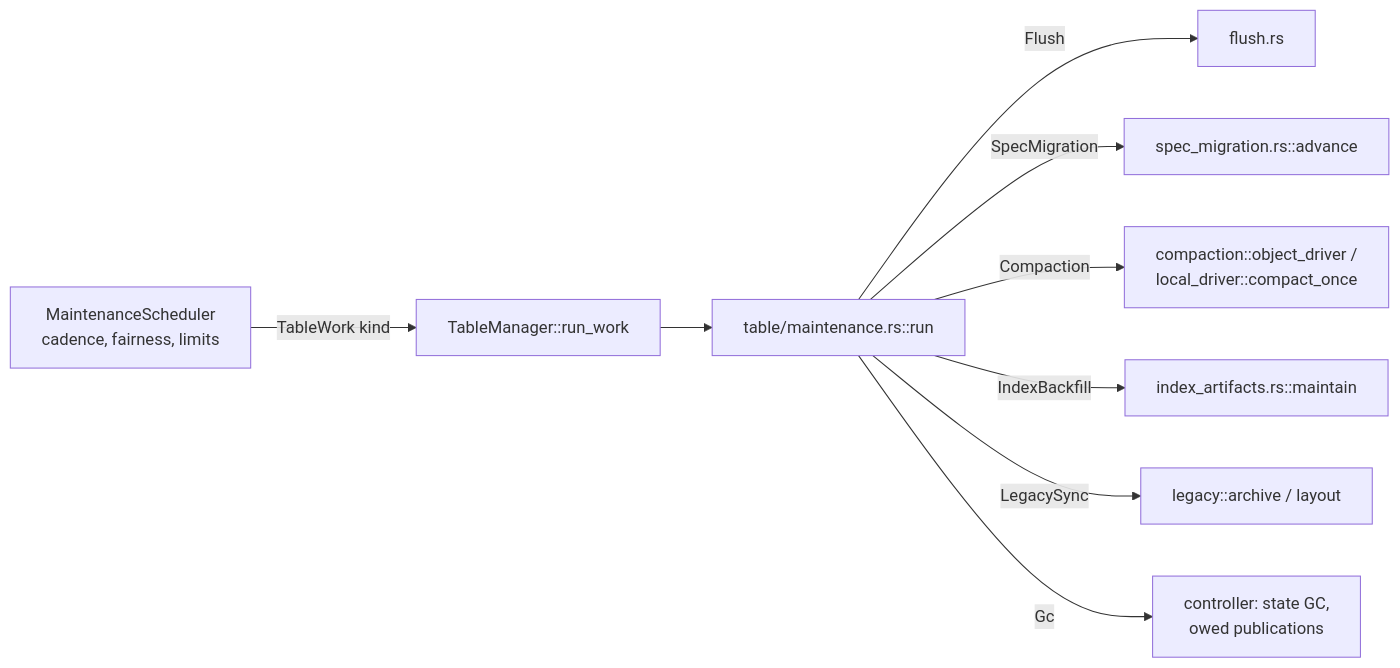
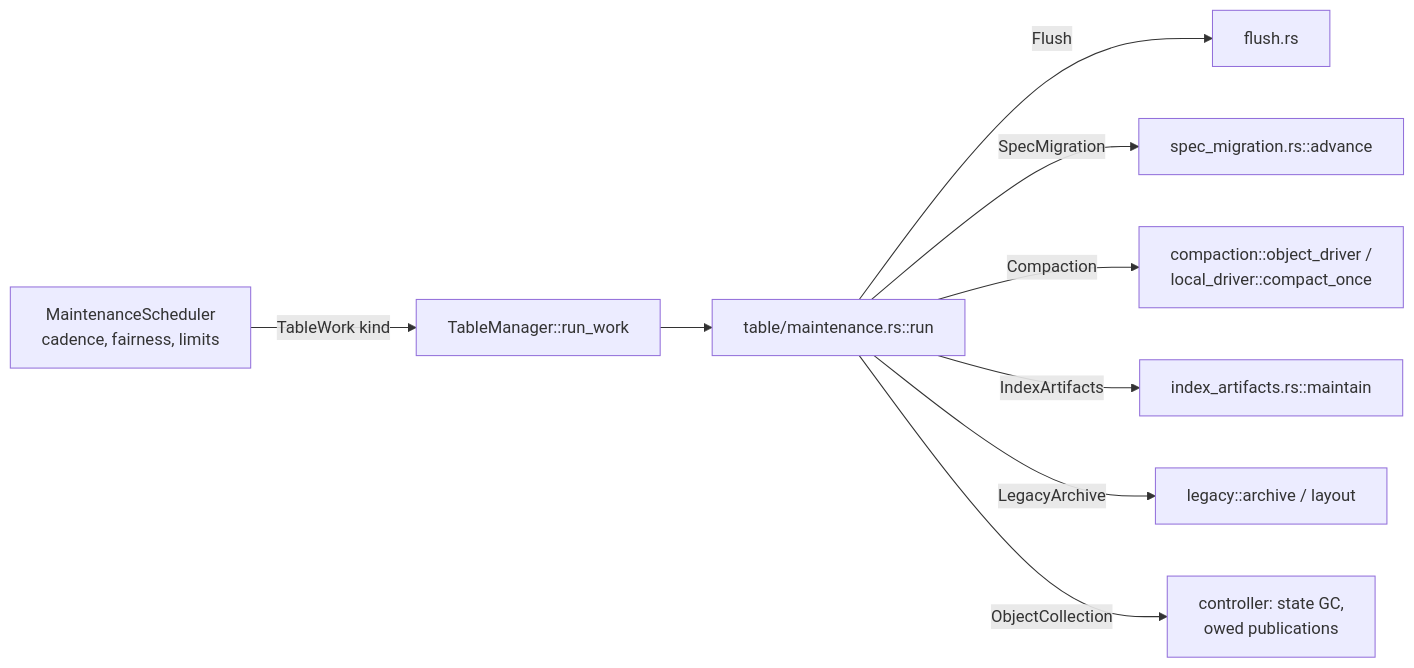
One commit to marin-community/marin changed the fourth of 6 diagrams in lib/finelog/ARCHITECTURE.md. Above: the diagram before and after it, drawn with Mermaid. The commit also changed other lines of this file and 6 other files, not shown here.

````diff
--- a/lib/finelog/ARCHITECTURE.md
+++ b/lib/finelog/ARCHITECTURE.md
@@ -184,11 +181,11 @@
 ```mermaid
 flowchart LR
     MS[MaintenanceScheduler<br/>cadence, fairness, limits] -->|TableWork kind| TM[TableManager::run_work]
     TM --> MW[table/maintenance.rs::run]
     MW -->|Flush| FL[flush.rs]
     MW -->|SpecMigration| SM[spec_migration.rs::advance]
     MW -->|Compaction| OD[compaction::object_driver /<br/>local_driver::compact_once]
-    MW -->|IndexBackfill| IA[index_artifacts.rs::maintain]
-    MW -->|LegacySync| LG[legacy::archive / layout]
-    MW -->|Gc| TC[controller: state GC,<br/>owed publications]
+    MW -->|IndexArtifacts| IA[index_artifacts.rs::maintain]
+    MW -->|LegacyArchive| LG[legacy::archive / layout]
+    MW -->|ObjectCollection| TC[controller: state GC,<br/>owed publications]
 ```
````
